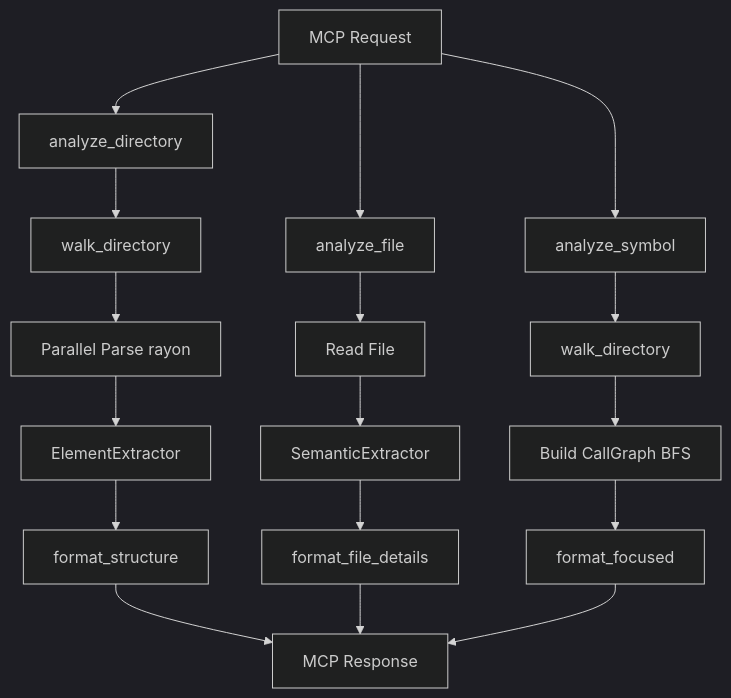
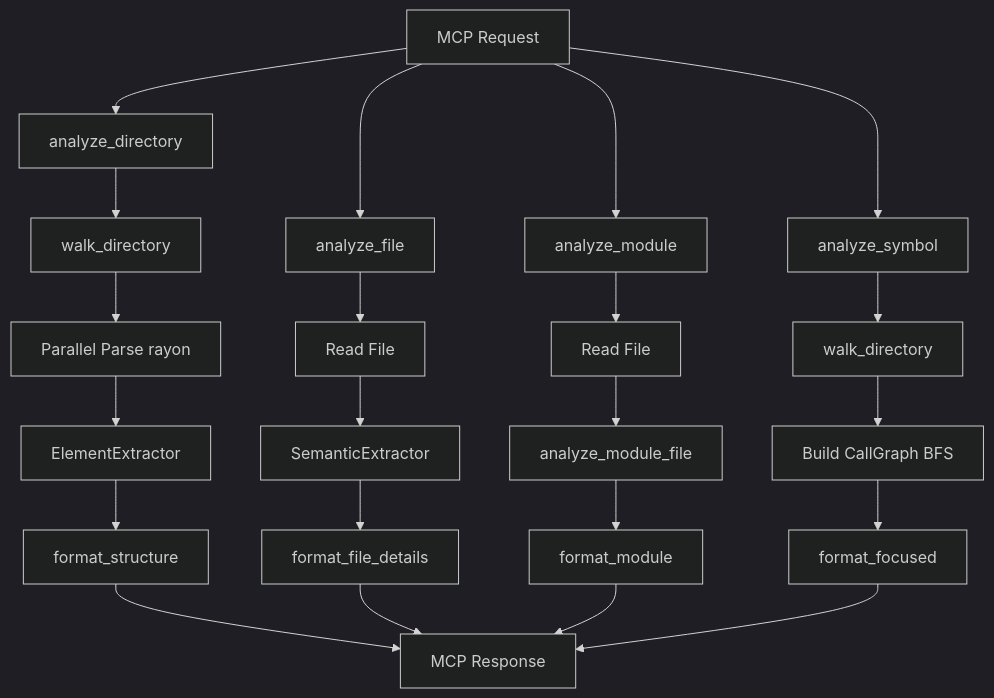
One commit to clouatre-labs/code-analyze-mcp changed the diagram in docs/ARCHITECTURE.md. Above: the diagram before and after it, drawn with Mermaid (dark theme). The commit also changed other lines of this file and 1 other file, not shown here.

First line of the commit message:
docs: add analyze_module to README, ARCHITECTURE, and AGENTS.md (#298)

````diff
--- a/docs/ARCHITECTURE.md
+++ b/docs/ARCHITECTURE.md
@@ -34,19 +34,24 @@
 ```mermaid
 graph TD
     A["MCP Request"] --> B1["analyze_directory"]
     A --> B2["analyze_file"]
+    A --> B4["analyze_module"]
     A --> B3["analyze_symbol"]
     B1 --> M["walk_directory"]
     M --> N["Parallel Parse rayon"]
     N --> O["ElementExtractor"]
     O --> P["format_structure"]
     B2 --> J["Read File"]
     J --> K["SemanticExtractor"]
     K --> L["format_file_details"]
+    B4 --> R["Read File"]
+    R --> S["analyze_module_file"]
+    S --> T["format_module"]
     B3 --> G["walk_directory"]
     G --> H["Build CallGraph BFS"]
     H --> I["format_focused"]
     P --> Q["MCP Response"]
     L --> Q
+    T --> Q
     I --> Q
 ```
````
